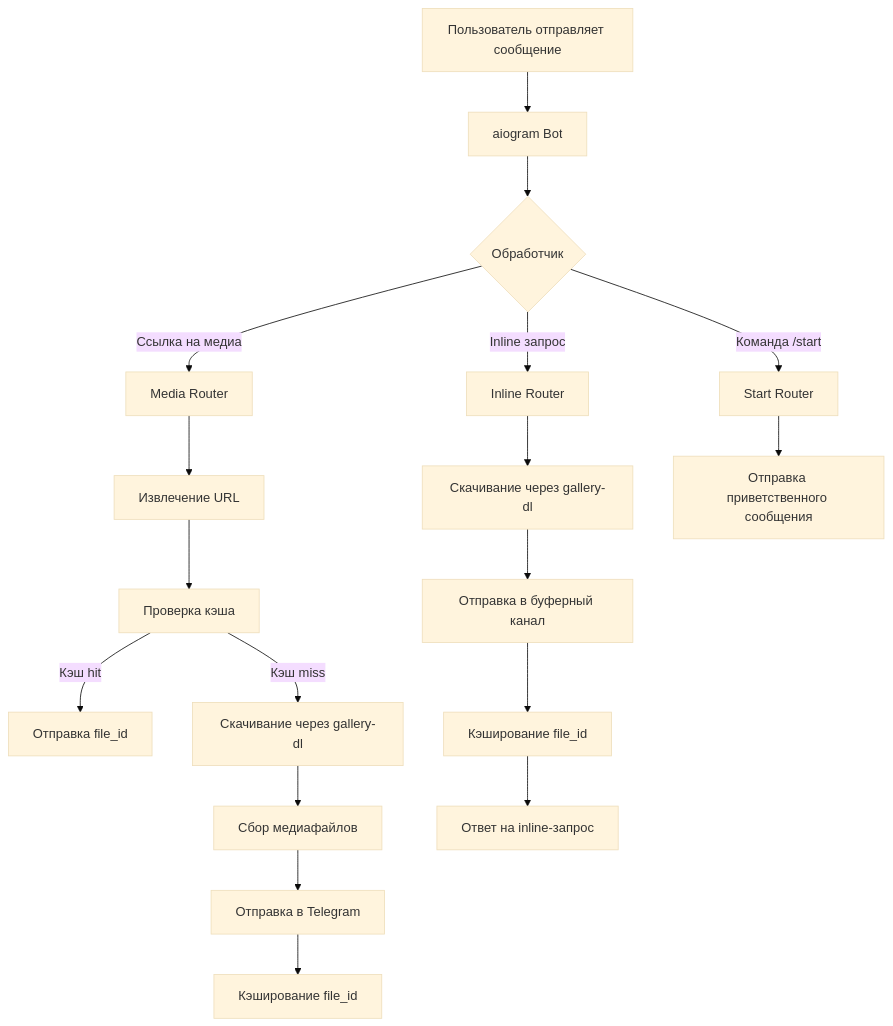
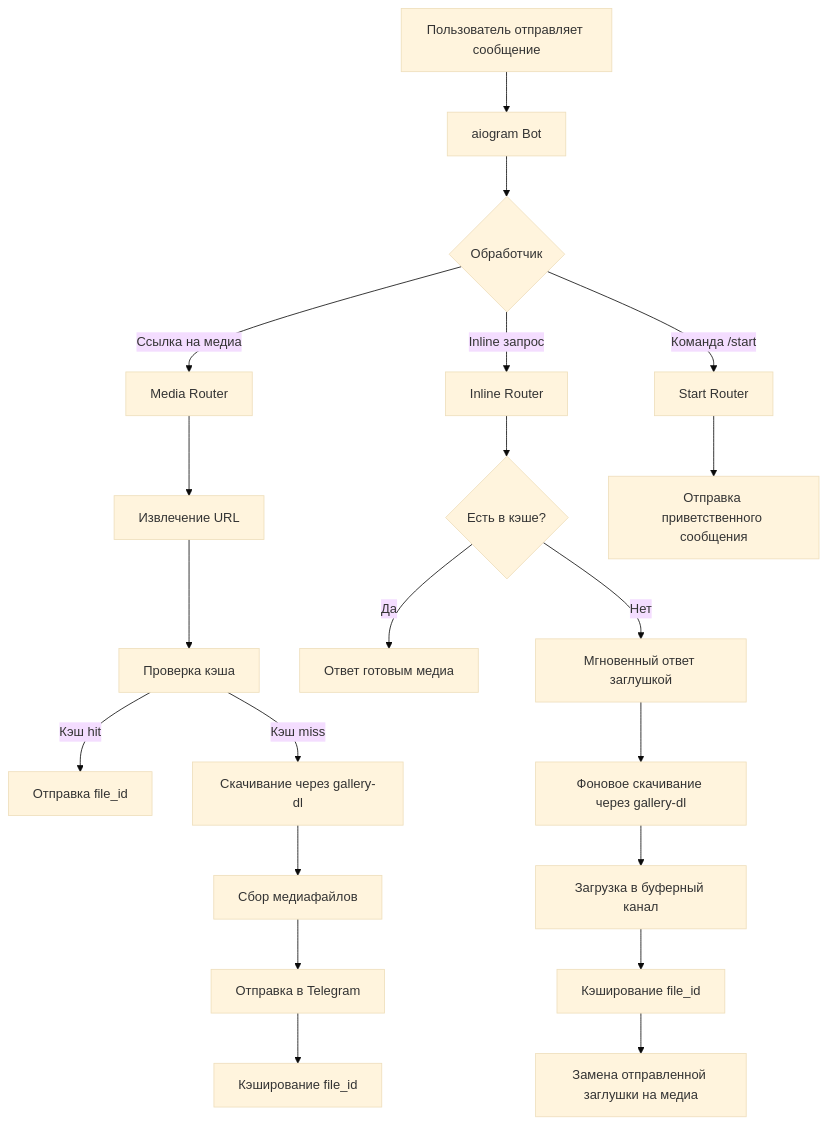
The diagram in agents.md (Mac3g0d/selfhost-tg-downloader), drawn with Mermaid (base theme) before and after one commit. The commit also changed other lines of this file and 40 other files, not shown here.

First line of the commit message:
inline: instant placeholder replaced with media; in-process gallery-dl; linter, constants and test rework (#5)

````diff
--- a/agents.md
+++ b/agents.md
@@ -44,24 +48,27 @@
 ```mermaid
 graph TD
     A[Пользователь отправляет сообщение] --> B[aiogram Bot]
     B --> C{Обработчик}
     C -->|Команда /start| D[Start Router]
     C -->|Ссылка на медиа| E[Media Router]
     C -->|Inline запрос| F[Inline Router]
     
     E --> G[Извлечение URL]
     G --> H[Проверка кэша]
     H -->|Кэш hit| I[Отправка file_id]
     H -->|Кэш miss| J[Скачивание через gallery-dl]
     
     J --> K[Сбор медиафайлов]
     K --> L[Отправка в Telegram]
     L --> M[Кэширование file_id]
     
-    F --> N[Скачивание через gallery-dl]
-    N --> O[Отправка в буферный канал]
+    F --> N{Есть в кэше?}
+    N -->|Да| Q[Ответ готовым медиа]
+    N -->|Нет| S[Мгновенный ответ заглушкой]
+    S --> T[Фоновое скачивание через gallery-dl]
+    T --> O[Загрузка в буферный канал]
     O --> P[Кэширование file_id]
-    P --> Q[Ответ на inline-запрос]
+    P --> U[Замена отправленной заглушки на медиа]
     
     D --> R[Отправка приветственного сообщения]
 ```
````
